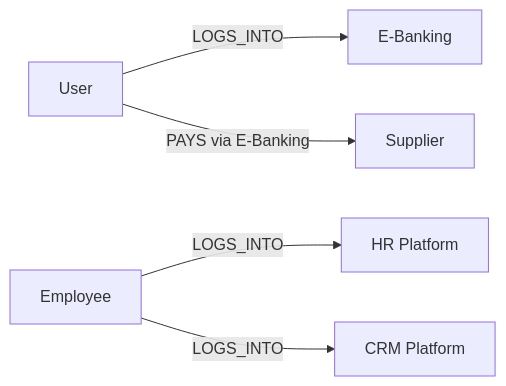
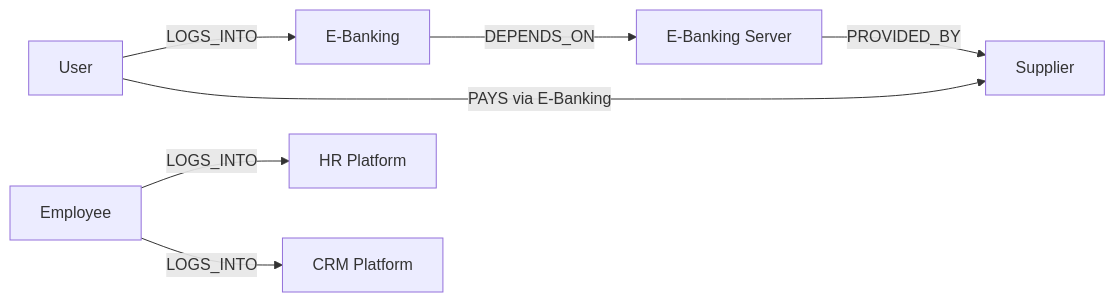
The diagram in ontology.md (tboschung/ubs-hackathon), drawn with Mermaid before and after one commit. The commit also changed other lines of this file, not shown here.

````diff
--- a/ontology.md
+++ b/ontology.md
@@ -70,7 +75,9 @@
 ```mermaid
 graph LR
     U[User] -->|LOGS_INTO| EB[E-Banking]
     E[Employee] -->|LOGS_INTO| HR[HR Platform]
     E -->|LOGS_INTO| CRM[CRM Platform]
     U -->|PAYS via E-Banking| S[Supplier]
+    EB -->|DEPENDS_ON| SVR[E-Banking Server]
+    SVR -->|PROVIDED_BY| S
 ```
````
